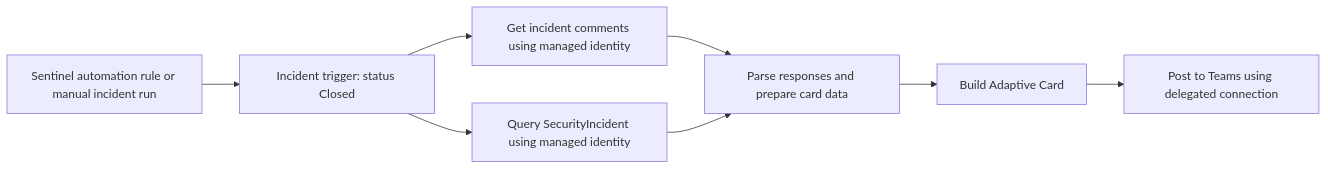
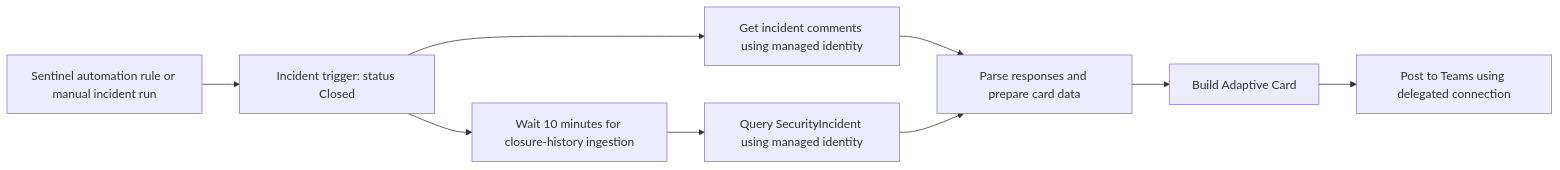
One commit to RGurjar-cloud/sentinel changed the diagram in closedIncidentadaptivecard/README.md. Above: the diagram before and after it, drawn with Mermaid. The commit also changed other lines of this file and 2 other files, not shown here.

First line of the commit message:
Add 10-minute delay before querying incident closure history

````diff
--- a/closedIncidentadaptivecard/README.md
+++ b/closedIncidentadaptivecard/README.md
@@ -356,10 +356,11 @@
 ```mermaid
 flowchart LR
     S["Sentinel automation rule or manual incident run"] --> T["Incident trigger: status Closed"]
     T --> C["Get incident comments using managed identity"]
-    T --> Q["Query SecurityIncident using managed identity"]
+    T --> D["Wait 10 minutes for closure-history ingestion"]
+    D --> Q["Query SecurityIncident using managed identity"]
     C --> P["Parse responses and prepare card data"]
     Q --> P
     P --> A["Build Adaptive Card"]
     A --> M["Post to Teams using delegated connection"]
 ```
````
